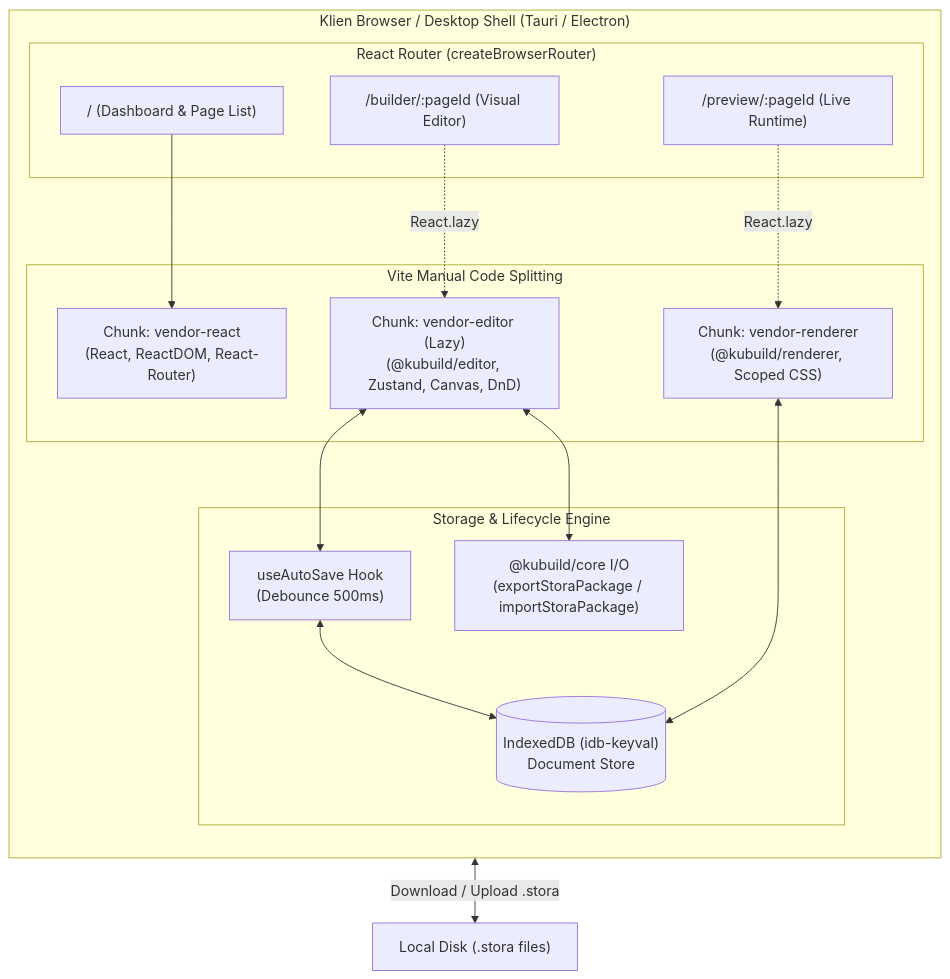
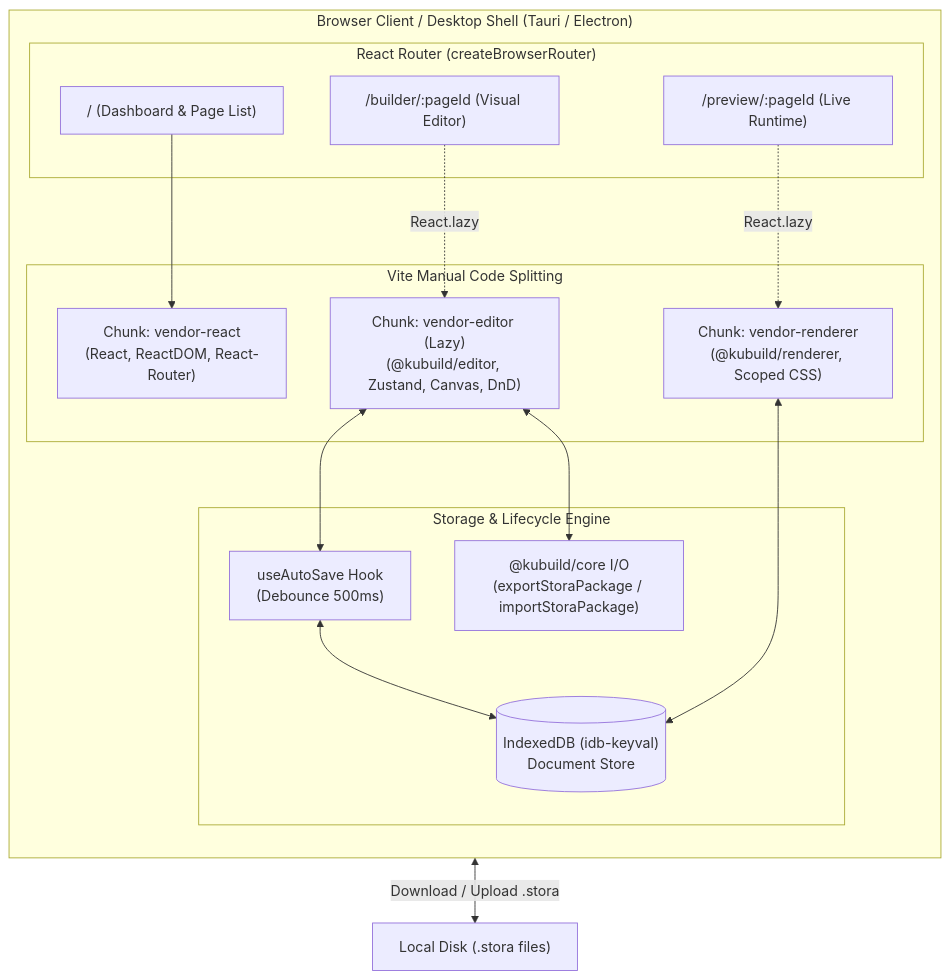
One commit to kustora/kubuild changed the diagram in apps/docs/content/docs/integration/vite.mdx. Above: the diagram before and after it, drawn with Mermaid. The commit also changed other lines of this file and 43 other files, not shown here.

````diff
--- a/apps/docs/content/docs/integration/vite.mdx
+++ b/apps/docs/content/docs/integration/vite.mdx
@@ -45,34 +45,34 @@
 ```mermaid
 flowchart TD
-    subgraph Browser["Klien Browser / Desktop Shell (Tauri / Electron)"]
+    subgraph Browser["Browser Client / Desktop Shell (Tauri / Electron)"]
         direction TB
 
         subgraph Router["React Router (createBrowserRouter)"]
             DashboardRoute["/ (Dashboard & Page List)"]
             BuilderRoute["/builder/:pageId (Visual Editor)"]
             PreviewRoute["/preview/:pageId (Live Runtime)"]
         end
 
         subgraph Bundles["Vite Manual Code Splitting"]
             VendorReact["Chunk: vendor-react\n(React, ReactDOM, React-Router)"]
             VendorEditor["Chunk: vendor-editor (Lazy)\n(@kubuild/editor, Zustand, Canvas, DnD)"]
             VendorRenderer["Chunk: vendor-renderer\n(@kubuild/renderer, Scoped CSS)"]
         end
 
         subgraph Persistence["Storage & Lifecycle Engine"]
             IDB[("IndexedDB (idb-keyval)\nDocument Store")]
             AutoSave["useAutoSave Hook\n(Debounce 500ms)"]
             IOEngine["@kubuild/core I/O\n(exportStoraPackage / importStoraPackage)"]
         end
     end
 
     DashboardRoute --> VendorReact
     BuilderRoute -.->|React.lazy| VendorEditor
     PreviewRoute -.->|React.lazy| VendorRenderer
 
     VendorEditor <--> AutoSave
     AutoSave <--> IDB
     VendorEditor <--> IOEngine
     VendorRenderer <--> IDB
     IOEngine <-->|Download / Upload .stora| Disk["Local Disk (.stora files)"]
 ```
````
